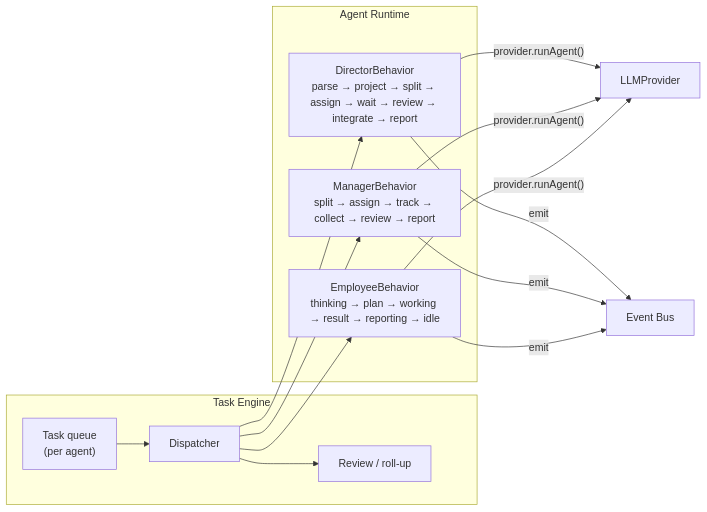
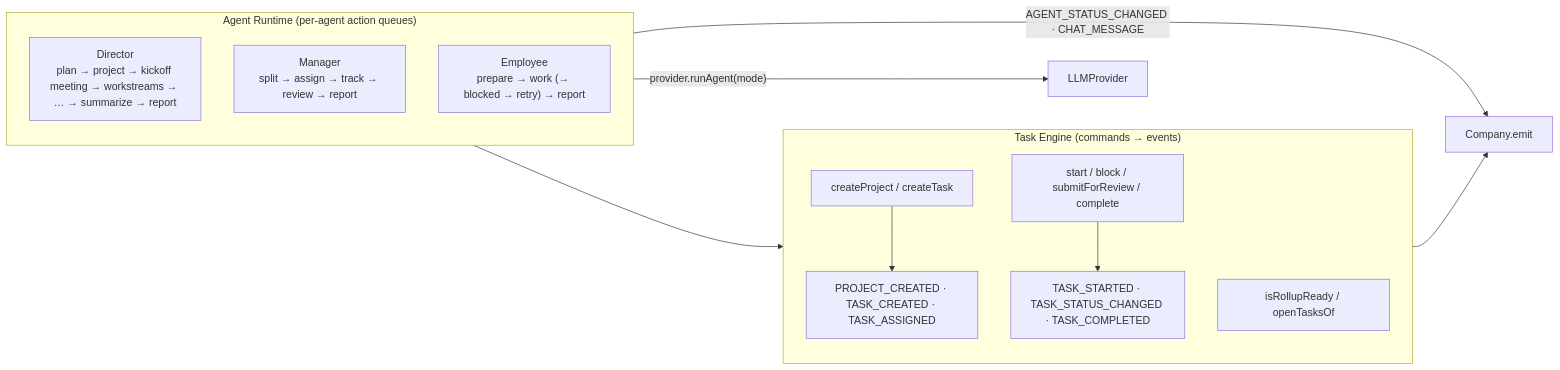
The fourth of 5 diagrams in docs/architecture.md (F64081169/3d-office), drawn with Mermaid before and after one commit. The commit also changed other lines of this file and 55 other files, not shown here.

````diff
--- a/docs/architecture.md
+++ b/docs/architecture.md
@@ -203,15 +256,17 @@
 ```mermaid
 flowchart LR
-  subgraph TaskEngine["Task Engine"]
-    Q["Task queue<br/>(per agent)"] --> D["Dispatcher"]
-    D --> R["Review / roll-up"]
+  subgraph TaskEngine["Task Engine (commands → events)"]
+    C1["createProject / createTask"] --> E1["PROJECT_CREATED · TASK_CREATED · TASK_ASSIGNED"]
+    C2["start / block / submitForReview / complete"] --> E2["TASK_STARTED · TASK_STATUS_CHANGED · TASK_COMPLETED"]
+    C3["isRollupReady / openTasksOf"]
   end
-  subgraph Runtime["Agent Runtime"]
-    Dir["DirectorBehavior<br/>parse → project → split → assign → wait → review → integrate → report"]
-    Mgr["ManagerBehavior<br/>split → assign → track → collect → review → report"]
-    Emp["EmployeeBehavior<br/>thinking → plan → working → result → reporting → idle"]
+  subgraph Runtime["Agent Runtime (per-agent action queues)"]
+    Dir["Director<br/>plan → project → kickoff meeting → workstreams → … → summarize → report"]
+    Mgr["Manager<br/>split → assign → track → review → report"]
+    Emp["Employee<br/>prepare → work (→ blocked → retry) → report"]
   end
-  D --> Dir & Mgr & Emp
-  Dir & Mgr & Emp -->|"provider.runAgent()"| P["LLMProvider"]
-  Dir & Mgr & Emp -->|"emit"| EB["Event Bus"]
+  Runtime -->|"provider.runAgent(mode)"| P["LLMProvider"]
+  Runtime --> TaskEngine
+  Runtime -->|"AGENT_STATUS_CHANGED · CHAT_MESSAGE"| Bus["Company.emit"]
+  TaskEngine --> Bus
 ```
````
